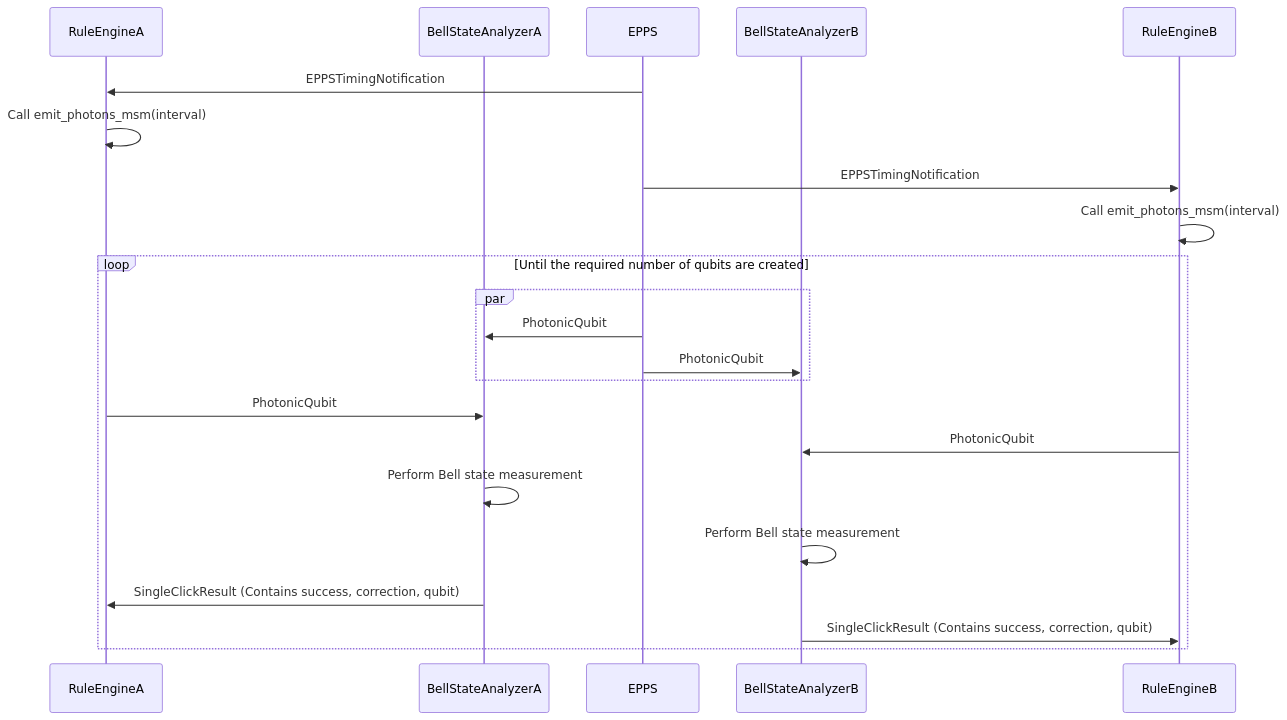
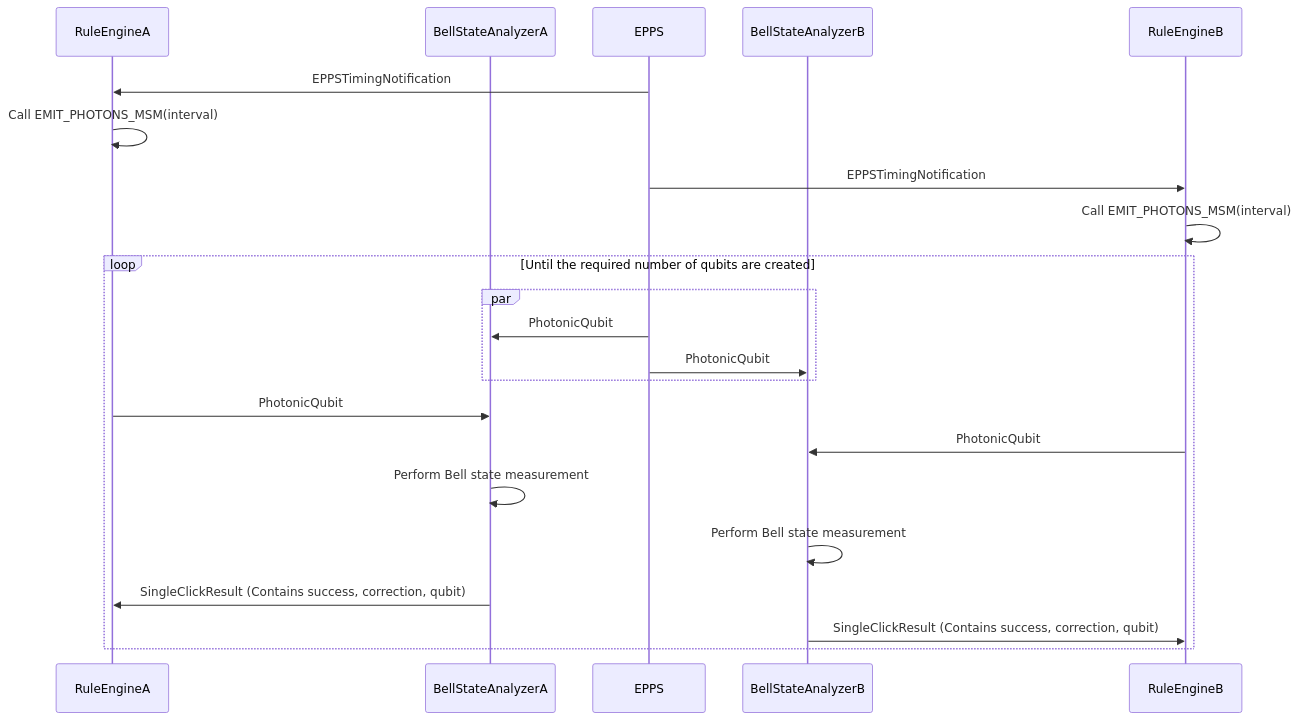
The first of 2 diagrams in quisp/modules/QRSA/RuleEngine/README.md (sfc-aqua/quisp), drawn with Mermaid before and after one commit. The commit also changed other lines of this file, not shown here.

````diff
--- a/quisp/modules/QRSA/RuleEngine/README.md
+++ b/quisp/modules/QRSA/RuleEngine/README.md
@@ -23,25 +23,25 @@
 ```mermaid
 sequenceDiagram
     participant REA as RuleEngineA
     participant BSAA as BellStateAnalyzerA
     participant EPPS as EPPS
     participant BSAB as BellStateAnalyzerB
     participant REB as RuleEngineB
 
     EPPS->>REA: EPPSTimingNotification
-    REA->>REA: Call emit_photons_msm(interval)
+    REA->>REA: Call EMIT_PHOTONS_MSM(interval)
     EPPS->>REB: EPPSTimingNotification
-    REB->>REB: Call emit_photons_msm(interval)
+    REB->>REB: Call EMIT_PHOTONS_MSM(interval)
     loop Until the required number of qubits are created
         par
             EPPS->>BSAA: PhotonicQubit
             EPPS->>BSAB: PhotonicQubit
         end
         REA->>BSAA: PhotonicQubit
         REB->>BSAB: PhotonicQubit
         BSAA->>BSAA: Perform Bell state measurement
         BSAB->>BSAB: Perform Bell state measurement
         BSAA->>REA: SingleClickResult (Contains success, correction, qubit)
         BSAB->>REB: SingleClickResult (Contains success, correction, qubit)
     end
 ```
````
